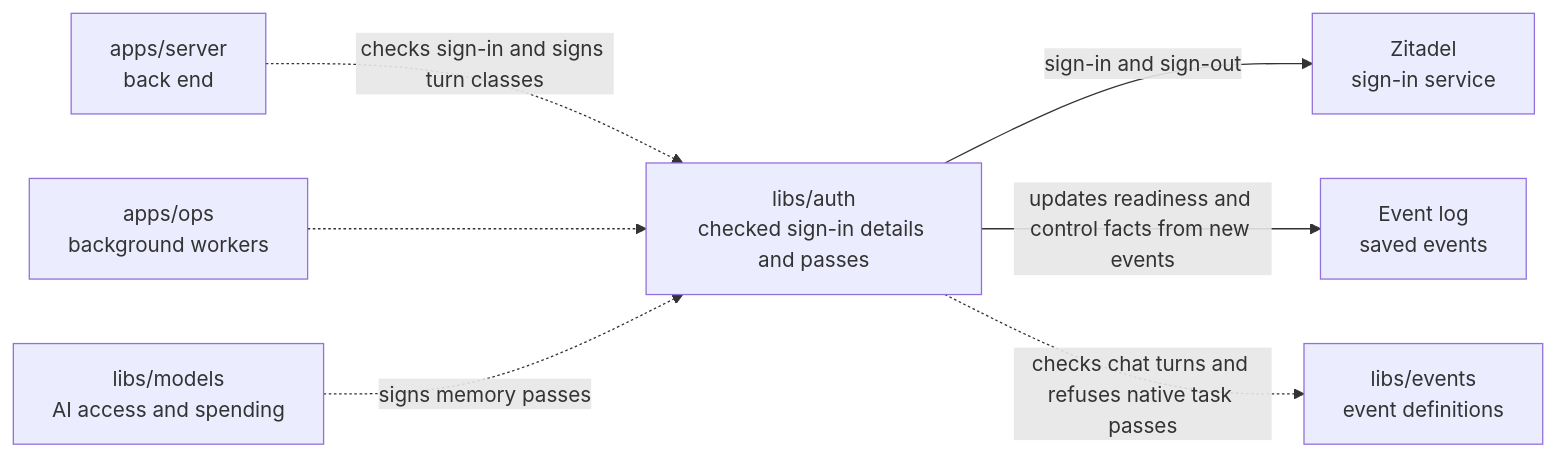
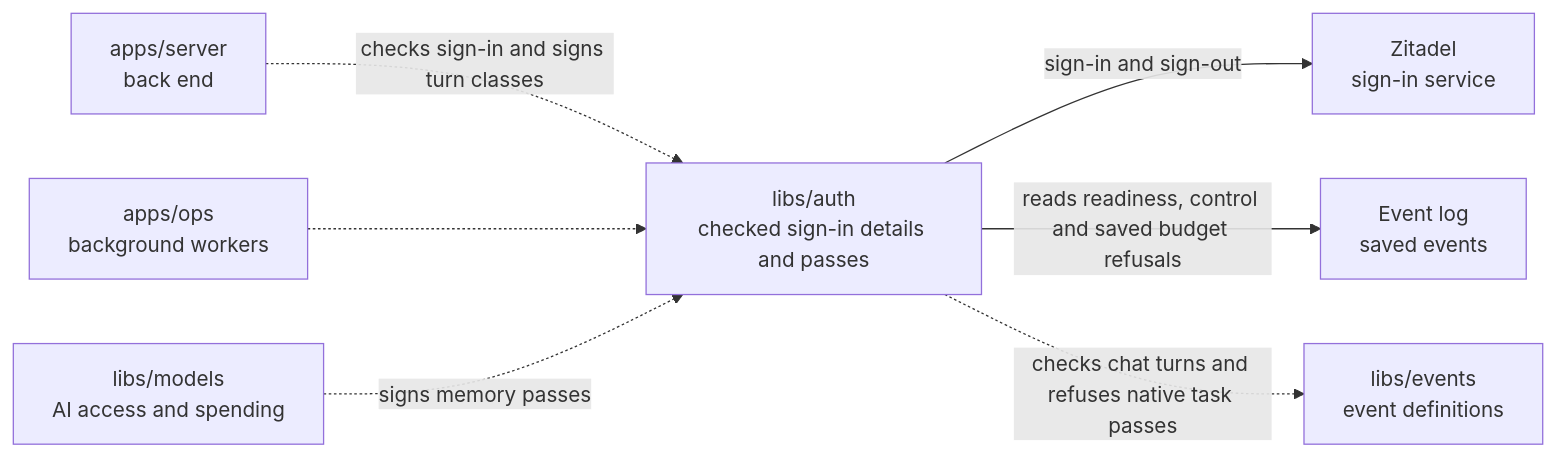
One commit to elewa-git/opencrane-new changed the diagram in libs/auth/README.md. Above: the diagram before and after it, drawn with Mermaid. The commit also changed other lines of this file and 15 other files, not shown here.

````diff
--- a/libs/auth/README.md
+++ b/libs/auth/README.md
@@ -11,9 +11,9 @@
 ```mermaid
 flowchart LR
   server["apps/server<br/>back end"] -.->|checks sign-in and signs turn classes| auth["libs/auth<br/>checked sign-in details and passes"]
   ops["apps/ops<br/>background workers"] -.-> auth
   models["libs/models<br/>AI access and spending"] -.->|signs memory passes| auth
   auth -->|sign-in and sign-out| zitadel["Zitadel<br/>sign-in service"]
-  auth -->|updates readiness and control facts from new events| events["Event log<br/>saved events"]
+  auth -->|reads readiness, control and saved budget refusals| events["Event log<br/>saved events"]
   auth -.->|checks chat turns and refuses native task passes| catalogue["libs/events<br/>event definitions"]
 ```
````
